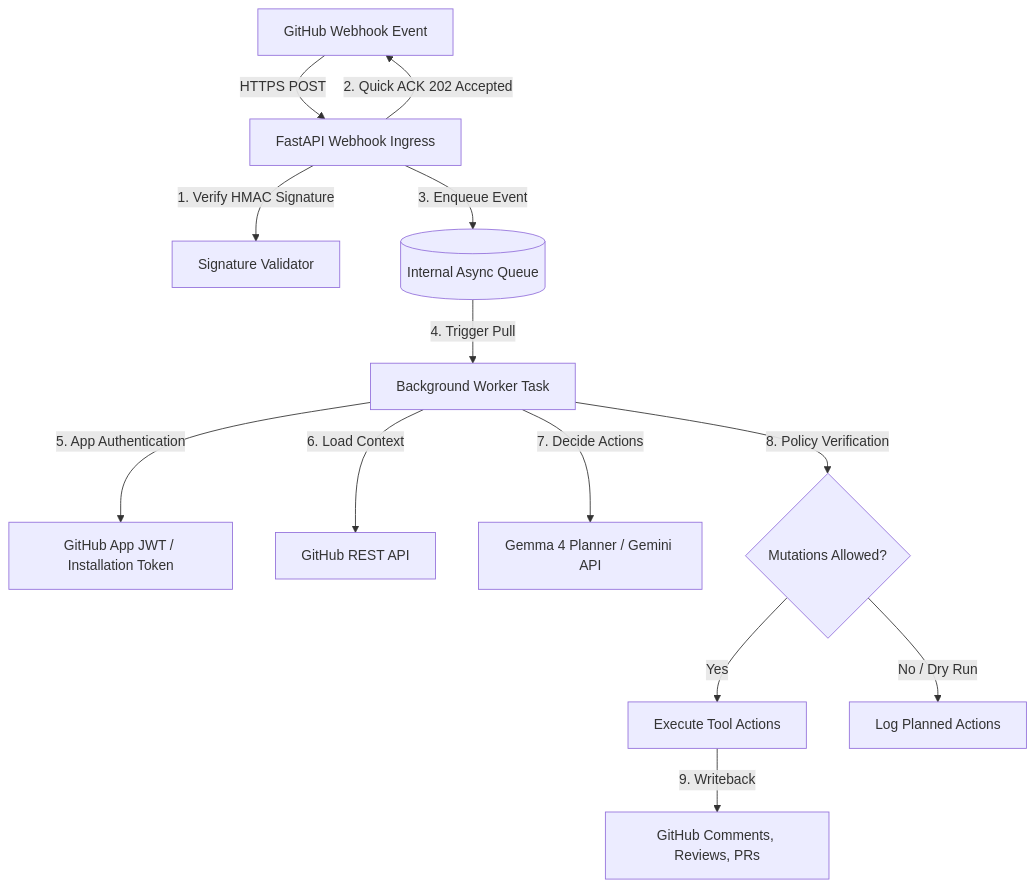
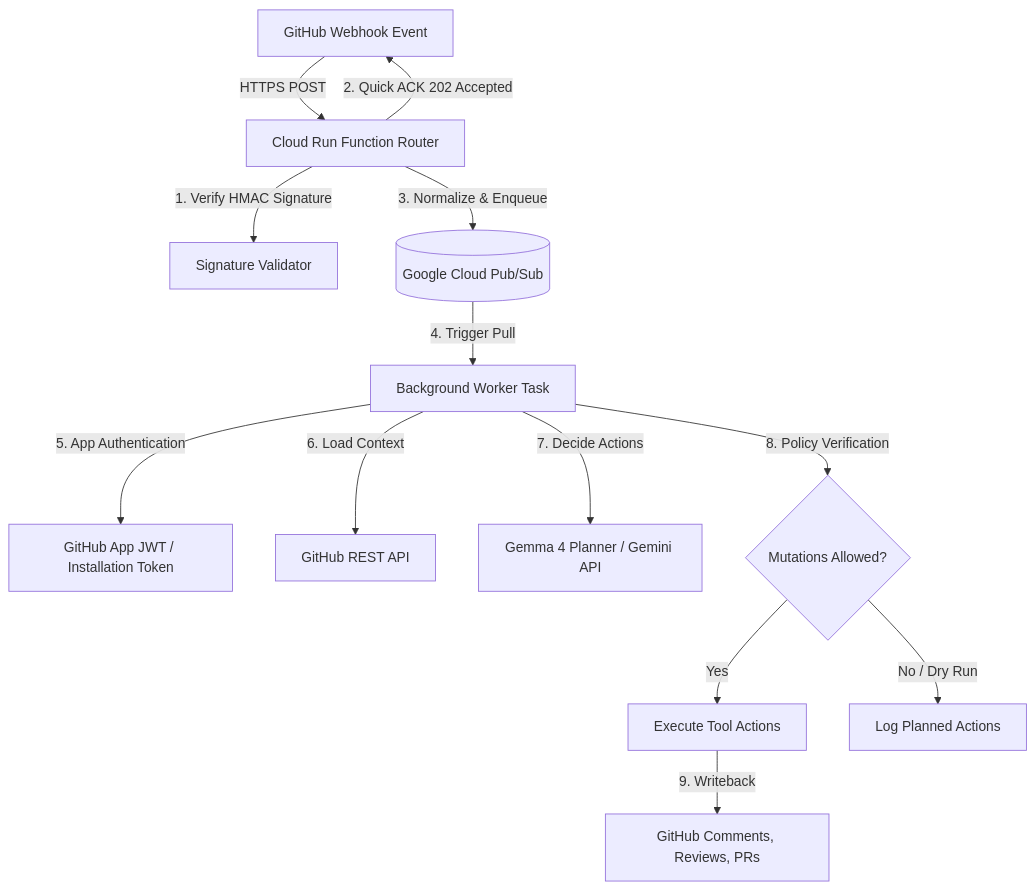
Before and after one commit to cgj8702-org/hannibal-hub-agents: the diagram in README.md, drawn with Mermaid. The commit also changed other lines of this file, not shown here.

First line of the commit message:
docs: update README to reflect distributed architecture

````diff
--- a/README.md
+++ b/README.md
@@ -11,17 +11,17 @@
 ```mermaid
 flowchart TD
-    GH[GitHub Webhook Event] -->|HTTPS POST| Ingress[FastAPI Webhook Ingress]
-    Ingress -->|1. Verify HMAC Signature| Auth[Signature Validator]
-    Ingress -->|2. Quick ACK 202 Accepted| GH
-    Ingress -->|3. Enqueue Event| Queue[(Internal Async Queue)]
+    GH[GitHub Webhook Event] -->|HTTPS POST| Router[Cloud Run Function Router]
+    Router -->|1. Verify HMAC Signature| Auth[Signature Validator]
+    Router -->|2. Quick ACK 202 Accepted| GH
+    Router -->|3. Normalize & Enqueue| Queue[(Google Cloud Pub/Sub)]
     
     Queue -->|4. Trigger Pull| Worker[Background Worker Task]
     Worker -->|5. App Authentication| Creds[GitHub App JWT / Installation Token]
     Worker -->|6. Load Context| GH_API[GitHub REST API]
     Worker -->|7. Decide Actions| Gemma[Gemma 4 Planner / Gemini API]
     Worker -->|8. Policy Verification| Policy{Mutations Allowed?}
     Policy -->|Yes| Exec[Execute Tool Actions]
     Policy -->|No / Dry Run| Log[Log Planned Actions]
     
     Exec -->|9. Writeback| GH_Write[GitHub Comments, Reviews, PRs]
 ```
````
